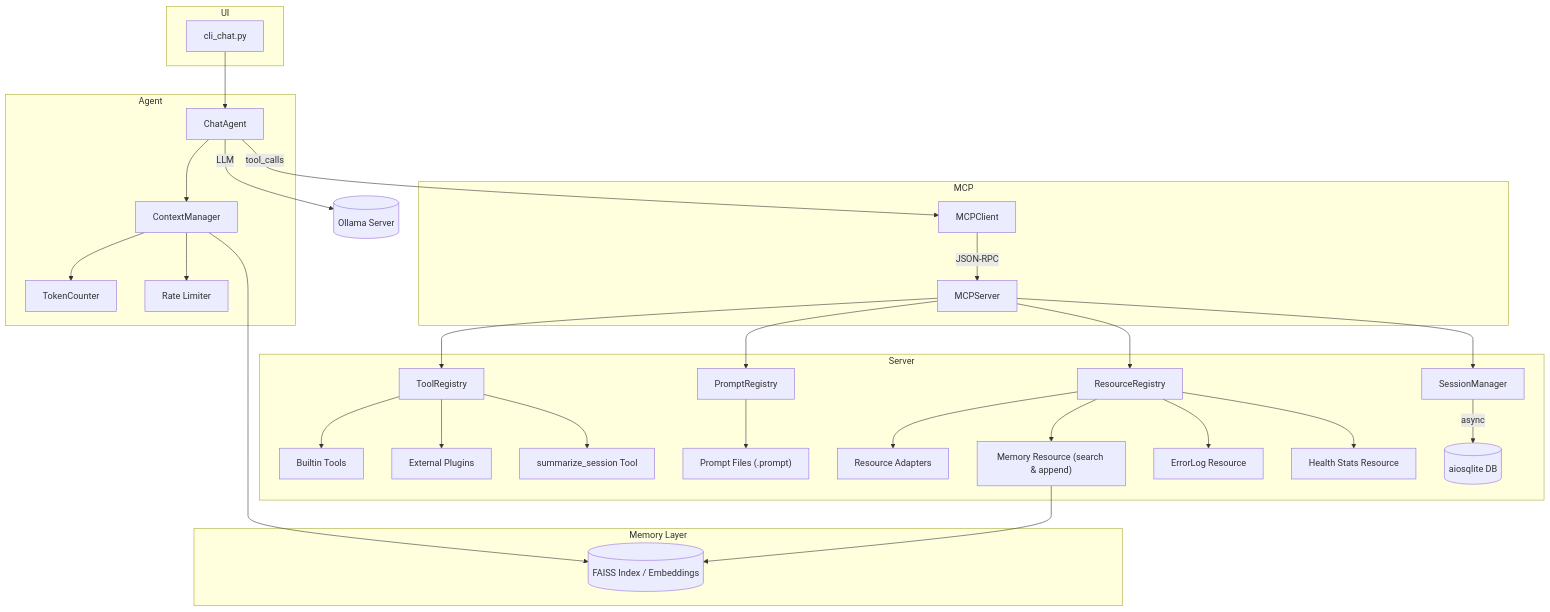
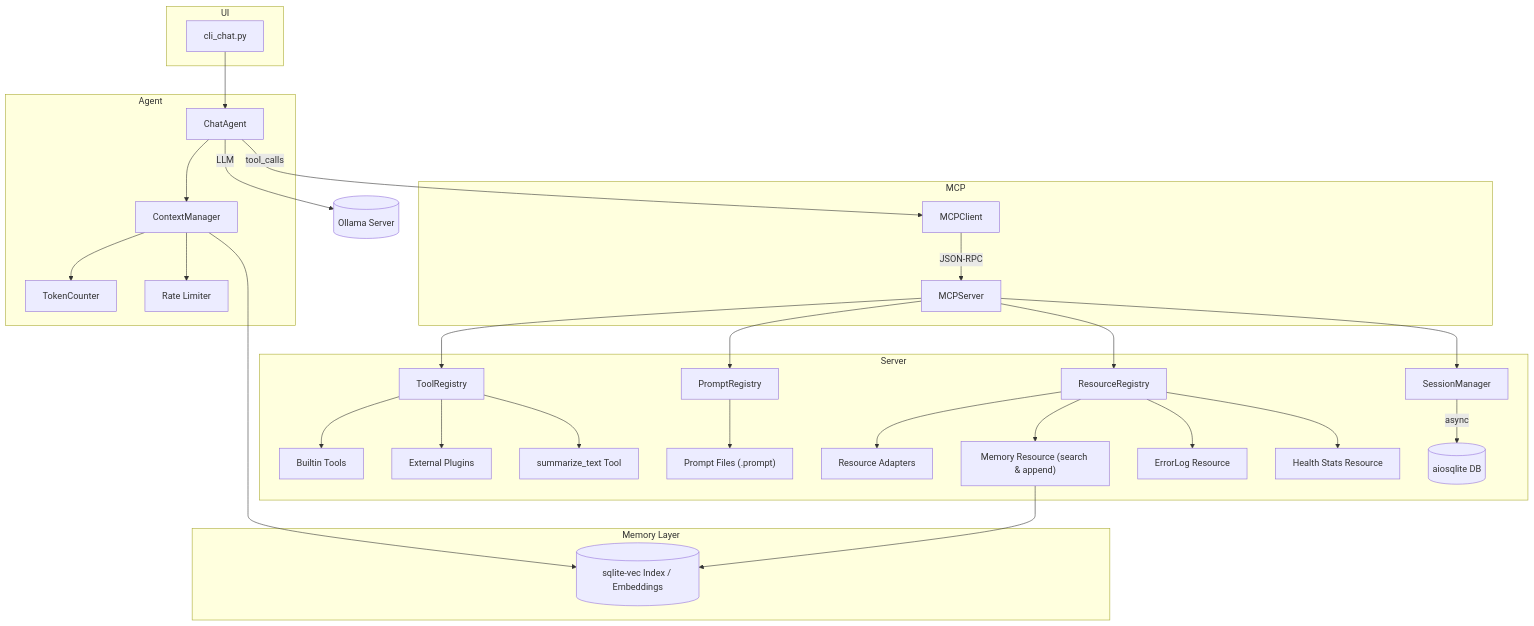
The diagram in dev_plan.md (Choapinus/APE), drawn with Mermaid before and after one commit. The commit also changed other lines of this file and 33 other files, not shown here.

Commit message:
a lot of workround with the long-term memory. Used faiss instead of sqlite-vec due to problems with docker (again xd). Today we have a bug that the agent cannot use the resources due to a missmatch between the uris. I'm still working on, but embedding model and saving is working smooth and good

````diff
--- a/dev_plan.md
+++ b/dev_plan.md
@@ -97,51 +93,51 @@
 ```mermaid
 %% Updated enhanced architecture with Memory layer on the far right
 graph TD
   subgraph UI
     CLI["cli_chat.py"]
   end
   subgraph Agent
     ChatAgent
     ContextManager
     TokenCounter
     RateLimiter["Rate Limiter"]
   end
   CLI --> ChatAgent
   ChatAgent --> ContextManager
   ContextManager --> TokenCounter
   ContextManager --> RateLimiter
   ChatAgent -->|"LLM"| Ollama[("Ollama Server")]
 
   %% MCP cluster in the center
   subgraph MCP
     MCPClient
     MCPServer
   end
   ChatAgent -->|"tool_calls"| MCPClient
   MCPClient -->|"JSON-RPC"| MCPServer
 
   %% Server internals left-center
   subgraph Server
     MCPServer --> ToolRegistry
     MCPServer --> PromptRegistry
     MCPServer --> ResourceRegistry
     ToolRegistry --> BuiltinTools["Builtin Tools"]
     ToolRegistry --> ExternalPlugins["External Plugins"]
-    ToolRegistry --> SummarizeTool["summarize_session Tool"]
+    ToolRegistry --> SummarizeTool["summarize_text Tool"]
     PromptRegistry --> PromptRepo["Prompt Files (.prompt)"]
     ResourceRegistry --> ResourceAdapters["Resource Adapters"]
     ResourceRegistry --> MemoryResource["Memory Resource (search & append)"]
     ResourceRegistry --> ErrorResource["ErrorLog Resource"]
     ResourceRegistry --> TelemetryRes["Health Stats Resource"]
     MCPServer --> SessionManager
     SessionManager -->|"async"| SQLiteDB[("aiosqlite DB")]
   end
 
   %% Memory layer explicit on the right side
   subgraph Memory_Right["Memory Layer"]
-    EmbeddingIndex[("FAISS Index / Embeddings")]
+    EmbeddingIndex[("sqlite-vec Index / Embeddings")]
   end
 
   ContextManager --> EmbeddingIndex
   MemoryResource --> EmbeddingIndex
 ```
````
